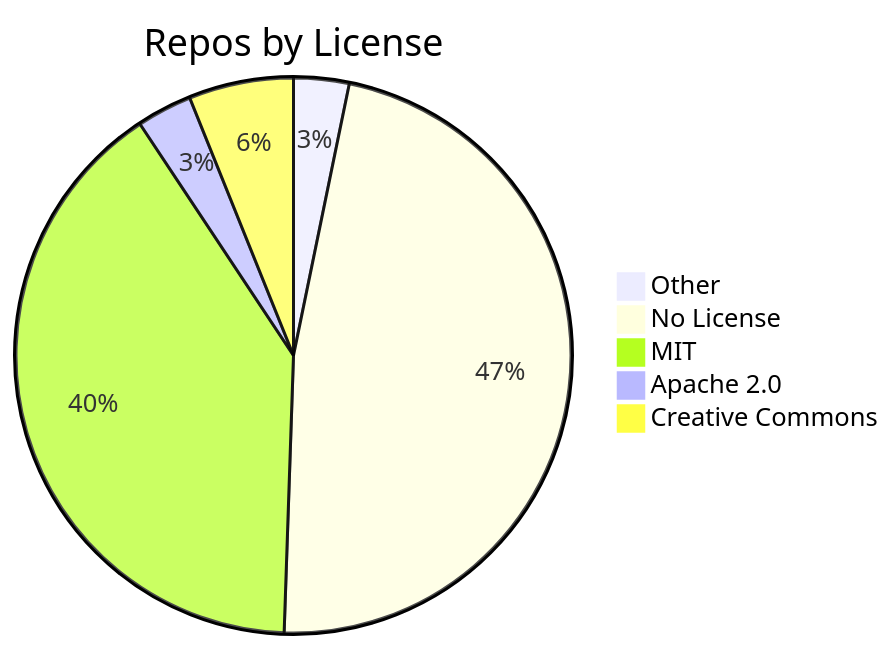
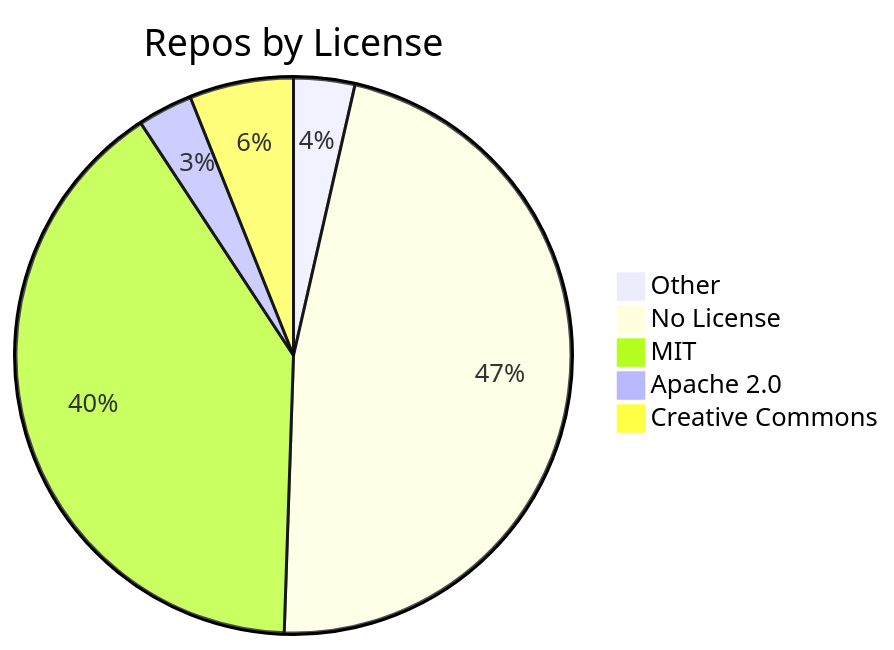
One commit to jpatterson933/awesome-mcp-server-repo-index changed the diagram in README.md. Above: the diagram before and after it, drawn with Mermaid. The commit also changed other lines of this file and 3 other files, not shown here.

````diff
--- a/README.md
+++ b/README.md
@@ -29,8 +29,8 @@
 ```mermaid
 pie title Repos by License
-    "Other" : 9
+    "Other" : 10
     "No License" : 132
-    "MIT" : 112
+    "MIT" : 113
     "Apache 2.0" : 9
     "Creative Commons" : 17
 ```
````
